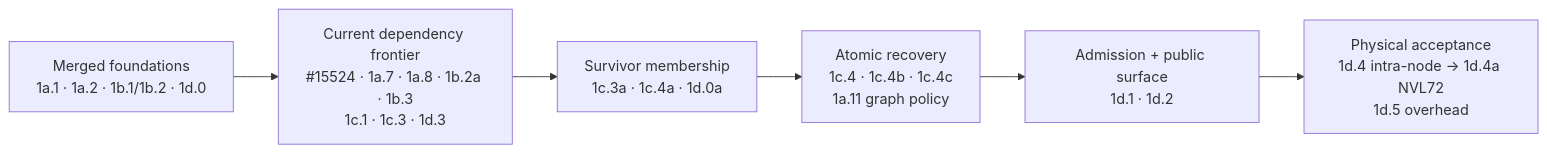
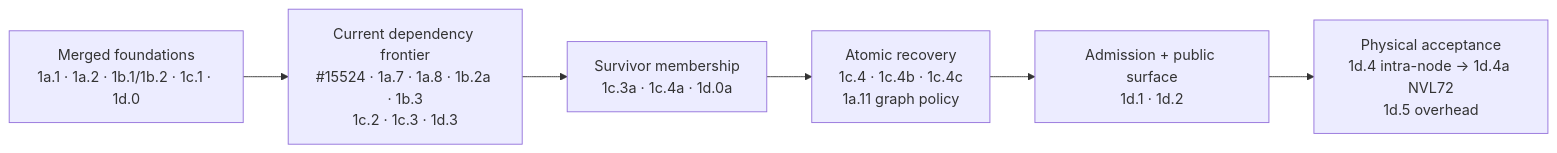
One commit to chienchunhung/TensorRT-LLM changed the diagram in docs/design/wide-ep-fault-tolerance/pr-execution/08-implementation-plan.md. Above: the diagram before and after it, drawn with Mermaid. The commit also changed other lines of this file and 4 other files, not shown here.

Commit message:
docs: update WideEP graph for merged PR 15677

````diff
--- a/docs/design/wide-ep-fault-tolerance/pr-execution/08-implementation-plan.md
+++ b/docs/design/wide-ep-fault-tolerance/pr-execution/08-implementation-plan.md
@@ -133,11 +133,11 @@
 ```mermaid
 flowchart LR
-    MERGED["Merged foundations<br/>1a.1 · 1a.2 · 1b.1/1b.2 · 1d.0"]
-    FRONTIER["Current dependency frontier<br/>#15524 · 1a.7 · 1a.8 · 1b.2a · 1b.3<br/>1c.1 · 1c.3 · 1d.3"]
+    MERGED["Merged foundations<br/>1a.1 · 1a.2 · 1b.1/1b.2 · 1c.1 · 1d.0"]
+    FRONTIER["Current dependency frontier<br/>#15524 · 1a.7 · 1a.8 · 1b.2a · 1b.3<br/>1c.2 · 1c.3 · 1d.3"]
     MEMBERSHIP["Survivor membership<br/>1c.3a · 1c.4a · 1d.0a"]
     COORD["Atomic recovery<br/>1c.4 · 1c.4b · 1c.4c<br/>1a.11 graph policy"]
     GATE["Admission + public surface<br/>1d.1 · 1d.2"]
     E2E["Physical acceptance<br/>1d.4 intra-node → 1d.4a NVL72<br/>1d.5 overhead"]
 
     MERGED --> FRONTIER --> MEMBERSHIP --> COORD --> GATE --> E2E
 ```
````
